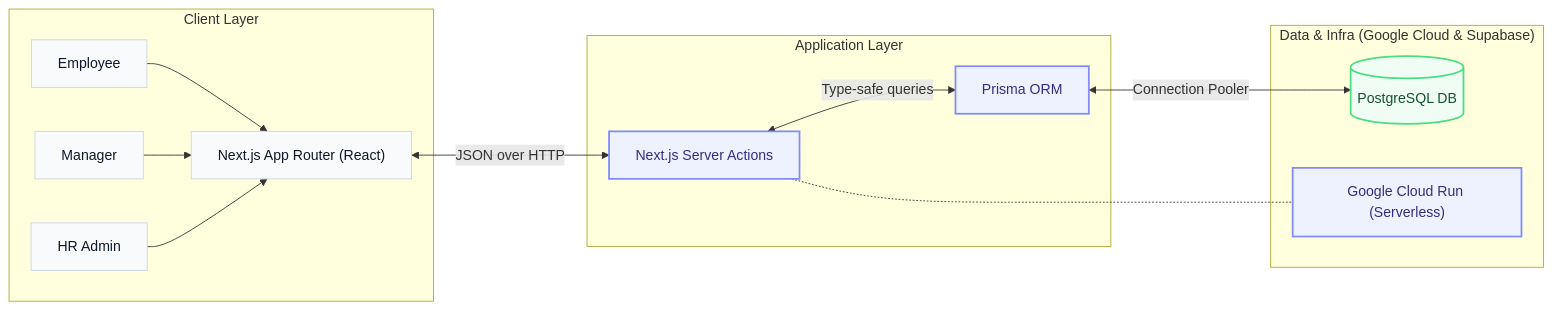
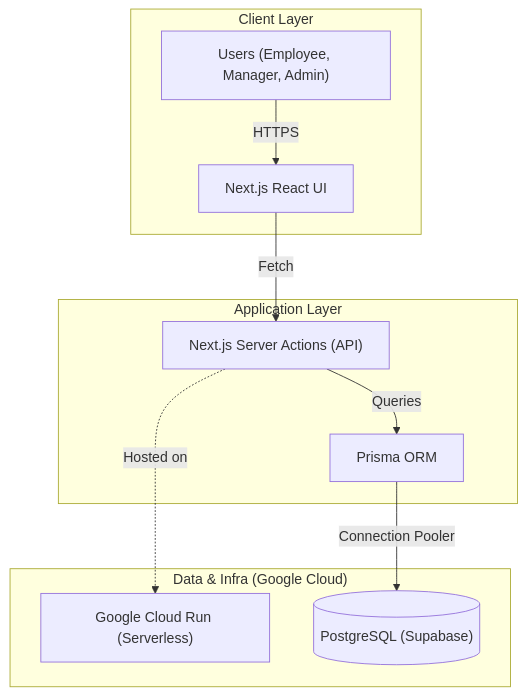
The diagram in README.md (prakyath006/Velora), drawn with Mermaid before and after one commit.

Commit message:
Simplify architecture diagram for better GitHub rendering

````diff
--- a/README.md
+++ b/README.md
@@ -12,31 +12,25 @@
 ```mermaid
-graph LR
-    subgraph Client ["Client Layer"]
-        UI["Next.js App Router (React)"]
-        E["Employee"] --> UI
-        M["Manager"] --> UI
-        A["HR Admin"] --> UI
+graph TD
+    %% Client Layer
+    subgraph "Client Layer"
+        Users["Users (Employee, Manager, Admin)"]
+        UI["Next.js React UI"]
+        Users -->|HTTPS| UI
     end
 
-    subgraph App ["Application Layer"]
-        SA["Next.js Server Actions"]
+    %% Application Layer
+    subgraph "Application Layer"
+        SA["Next.js Server Actions (API)"]
         ORM["Prisma ORM"]
-        UI <-->|"JSON over HTTP"| SA
-        SA <-->|"Type-safe queries"| ORM
+        UI -->|Fetch| SA
+        SA -->|Queries| ORM
     end
 
-    subgraph Data ["Data & Infra (Google Cloud & Supabase)"]
-        DB[("PostgreSQL DB")]
-        CR["Google Cloud Run (Serverless)"]
-        ORM <-->|"Connection Pooler"| DB
-        SA -.- CR
+    %% Data Layer
+    subgraph "Data & Infra (Google Cloud)"
+        CloudRun["Google Cloud Run (Serverless)"]
+        DB[("PostgreSQL (Supabase)")]
+        SA -.->|Hosted on| CloudRun
+        ORM -->|Connection Pooler| DB
     end
-
-    classDef client fill:#f8fafc,stroke:#cbd5e1,stroke-width:1px,color:#0f172a;
-    classDef server fill:#eef2ff,stroke:#818cf8,stroke-width:2px,color:#312e81;
-    classDef db fill:#f0fdf4,stroke:#4ade80,stroke-width:2px,color:#14532d;
-    
-    class UI,E,M,A client;
-    class SA,ORM,CR server;
-    class DB db;
 ```
````
